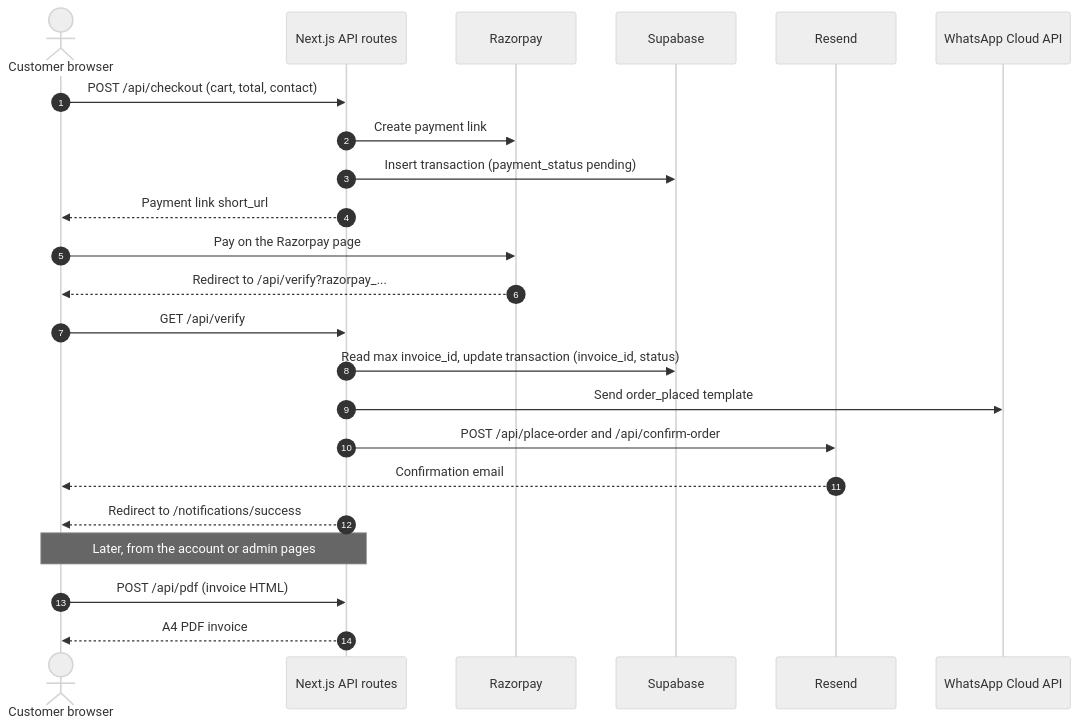
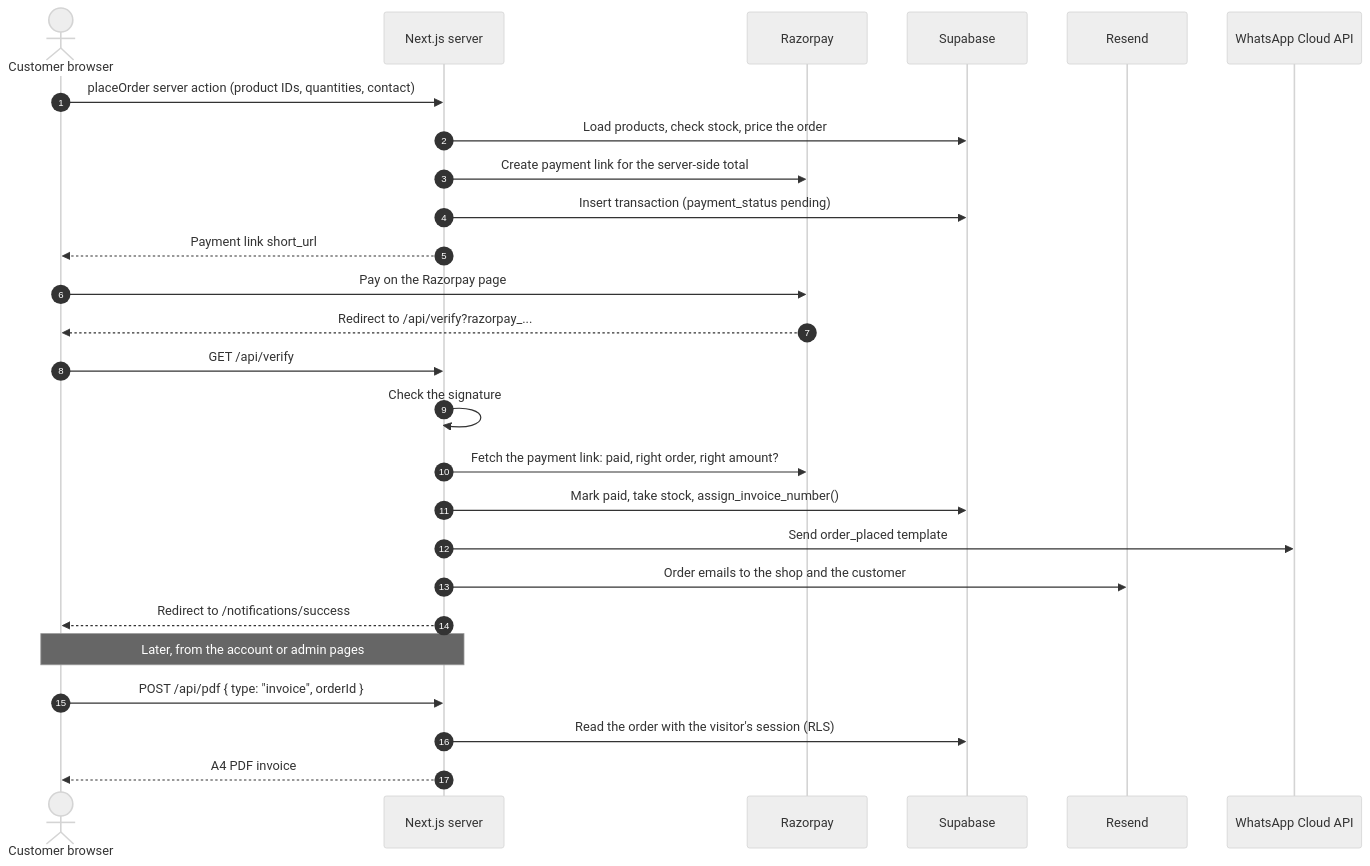
One commit to sometimesdante/tillwright changed the diagram in README.md. Above: the diagram before and after it, drawn with Mermaid (neutral theme). The commit also changed other lines of this file and 50 other files, not shown here.

````diff
--- a/README.md
+++ b/README.md
@@ -156,26 +156,29 @@
 ```mermaid
 sequenceDiagram
     autonumber
     actor C as Customer browser
-    participant N as Next.js API routes
+    participant N as Next.js server
     participant R as Razorpay
     participant S as Supabase
     participant E as Resend
     participant W as WhatsApp Cloud API
 
-    C->>N: POST /api/checkout (cart, total, contact)
-    N->>R: Create payment link
+    C->>N: placeOrder server action (product IDs, quantities, contact)
+    N->>S: Load products, check stock, price the order
+    N->>R: Create payment link for the server-side total
     N->>S: Insert transaction (payment_status pending)
     N-->>C: Payment link short_url
     C->>R: Pay on the Razorpay page
     R-->>C: Redirect to /api/verify?razorpay_...
     C->>N: GET /api/verify
-    N->>S: Read max invoice_id, update transaction (invoice_id, status)
+    N->>N: Check the signature
+    N->>R: Fetch the payment link: paid, right order, right amount?
+    N->>S: Mark paid, take stock, assign_invoice_number()
     N->>W: Send order_placed template
-    N->>E: POST /api/place-order and /api/confirm-order
-    E-->>C: Confirmation email
+    N->>E: Order emails to the shop and the customer
     N-->>C: Redirect to /notifications/success
     Note over C,N: Later, from the account or admin pages
-    C->>N: POST /api/pdf (invoice HTML)
+    C->>N: POST /api/pdf { type: "invoice", orderId }
+    N->>S: Read the order with the visitor's session (RLS)
     N-->>C: A4 PDF invoice
 ```
````
